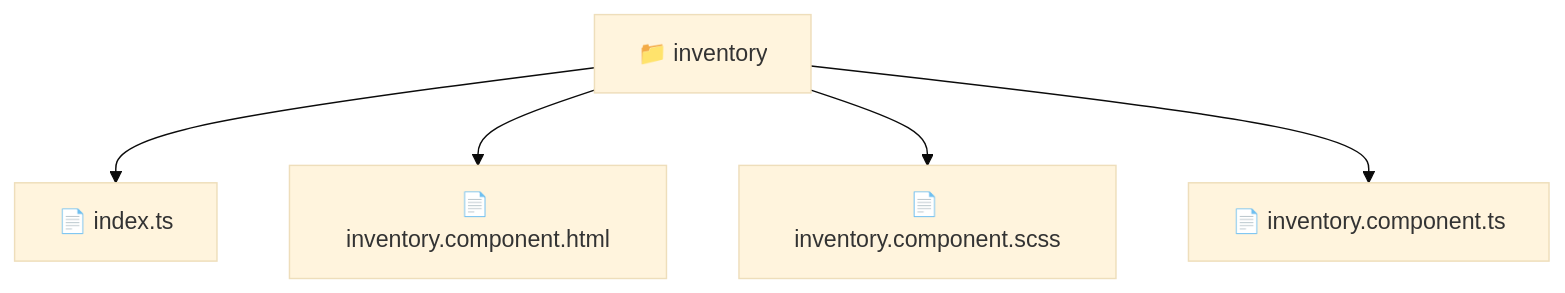
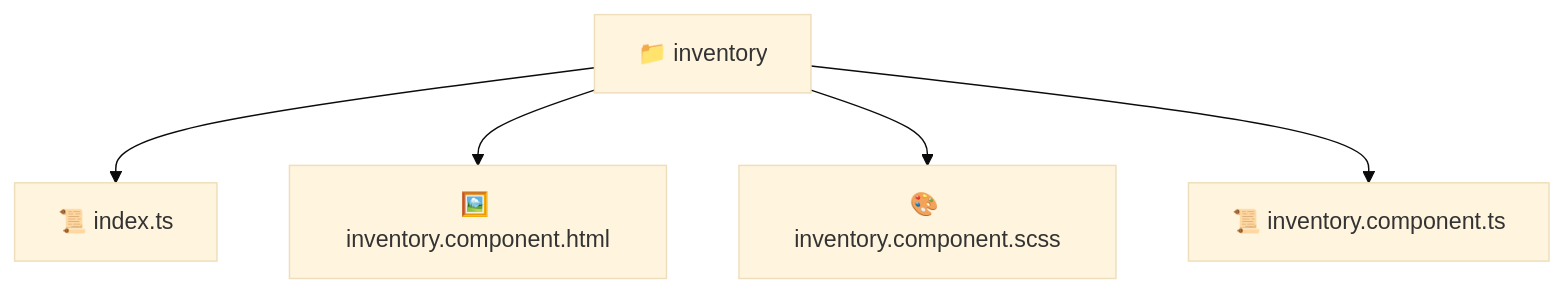
Before and after one commit to beginwebdev2002/fullstack-mavluda: the diagram in frontend/src/pages/inventory/README.md, drawn with Mermaid (base theme). The commit also changed other lines of this file and 163 other files, not shown here.

````diff
--- a/frontend/src/pages/inventory/README.md
+++ b/frontend/src/pages/inventory/README.md
@@ -11,8 +11,8 @@
 ```mermaid
 graph TD
-  Root["📁 inventory"]
-  Root --> index_ts["📄 index.ts"]
-  Root --> inventory_component_html["📄 inventory.component.html"]
-  Root --> inventory_component_scss["📄 inventory.component.scss"]
-  Root --> inventory_component_ts["📄 inventory.component.ts"]
+  inventory["📁 inventory"]
+  inventory --> index_ts["📜 index.ts"]
+  inventory --> inventory_component_html["🖼️ inventory.component.html"]
+  inventory --> inventory_component_scss["🎨 inventory.component.scss"]
+  inventory --> inventory_component_ts["📜 inventory.component.ts"]
 ```
````
